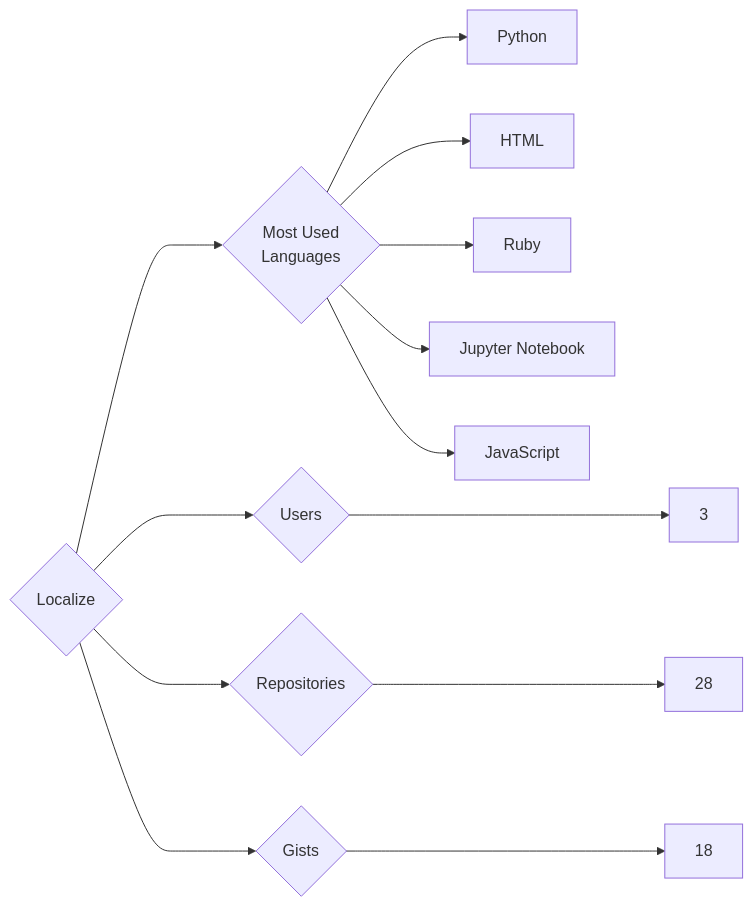
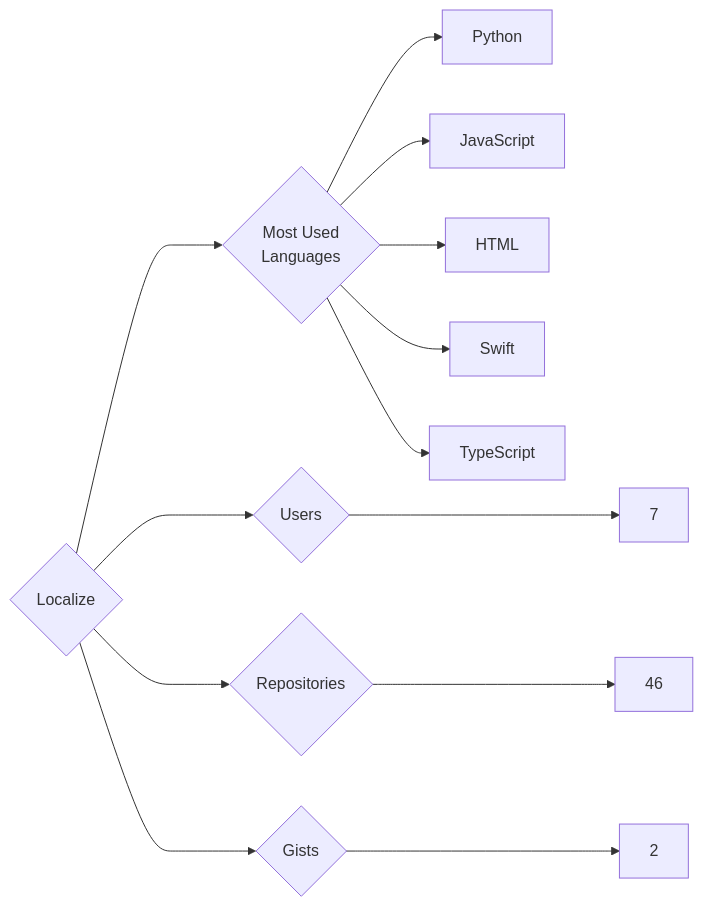
Before and after one commit to trickest/insiders: the diagram in targets/Localize/README.md, drawn with Mermaid. The commit also changed 1696 other files, not shown here.

````diff
--- a/targets/Localize/README.md
+++ b/targets/Localize/README.md
@@ -3,13 +3,13 @@
 ```mermaid
 graph LR
 COMPANY_NAME{Localize}
-COMPANY_NAME ---> U{Users} ---> UN[3]
-COMPANY_NAME ---> R{Repositories} ---> RN[28]
-COMPANY_NAME ---> G{Gists} ---> GN[18]
+COMPANY_NAME ---> U{Users} ---> UN[7]
+COMPANY_NAME ---> R{Repositories} ---> RN[46]
+COMPANY_NAME ---> G{Gists} ---> GN[2]
 COMPANY_NAME ---> ML{Most Used<br>Languages}
 ML --> Python[Python]
+ML --> JavaScript[JavaScript]
 ML --> HTML[HTML]
-ML --> Ruby[Ruby]
-ML --> Jupyter_Notebook[Jupyter Notebook]
-ML --> JavaScript[JavaScript]
+ML --> Swift[Swift]
+ML --> TypeScript[TypeScript]
 ```
````
